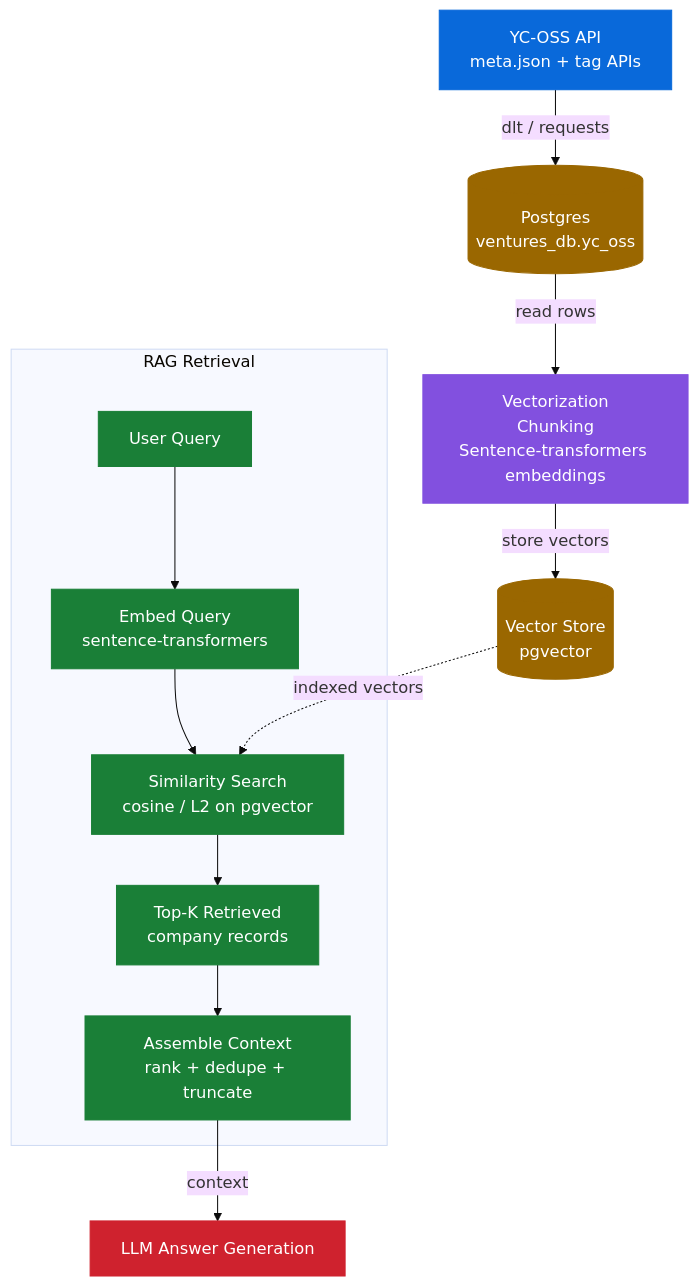
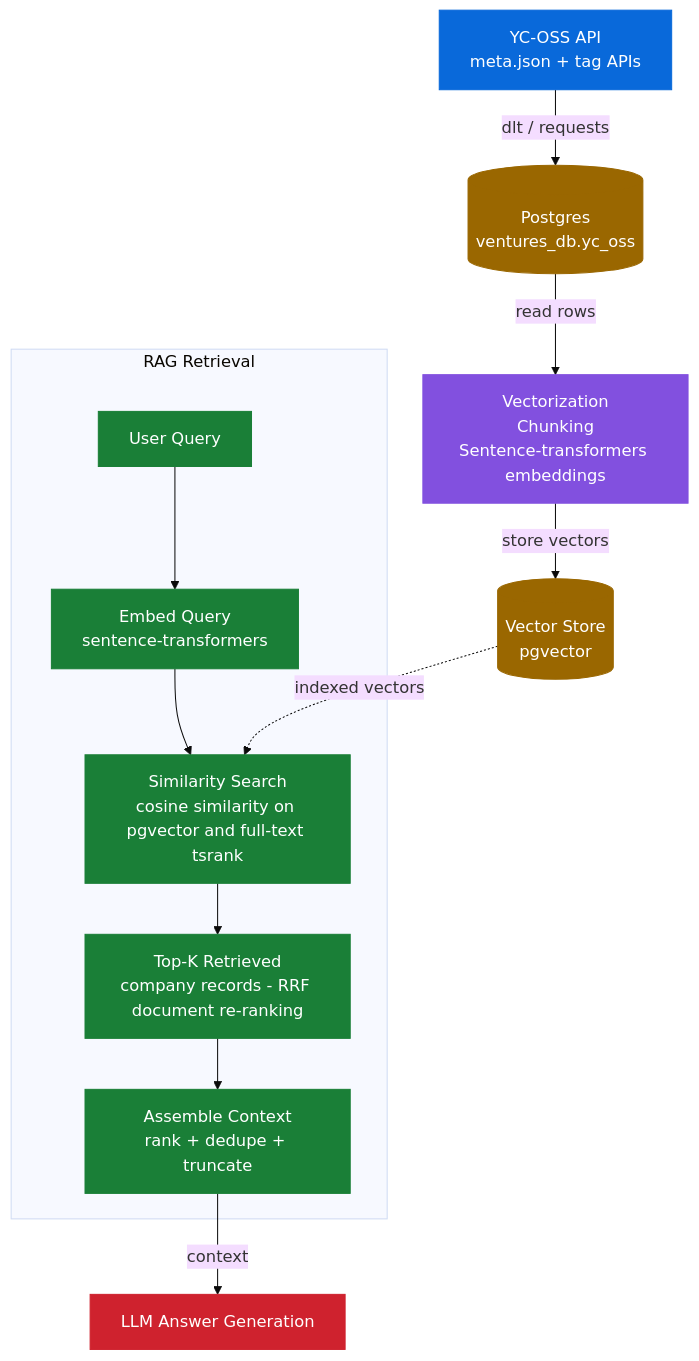
One commit to dakn2005/YC-Ventures-AI changed the second of 2 diagrams in Readme.md. Above: the diagram before and after it, drawn with Mermaid (base theme). The commit also changed other lines of this file and 2 other files, not shown here.

````diff
--- a/Readme.md
+++ b/Readme.md
@@ -160,29 +160,29 @@
 ```mermaid
 flowchart TD
     A["YC-OSS API<br/>meta.json + tag APIs"] -->|dlt / requests| B[("Postgres<br/>ventures_db.yc_oss")]
     B -->|read rows| C["Vectorization<br/>Chunking<br/>Sentence-transformers embeddings"]
     C -->|store vectors| D[("Vector Store<br/>pgvector")]
 
     subgraph RAG["RAG Retrieval"]
         Q["User Query"] --> QE["Embed Query<br/>sentence-transformers"]
-        QE --> SIM["Similarity Search<br/>cosine / L2 on pgvector"]
-        SIM --> TOPK["Top-K Retrieved<br/>company records"]
+        QE --> SIM["Similarity Search<br/>cosine similarity on pgvector and full-text tsrank"]
+        SIM --> TOPK["Top-K Retrieved<br/>company records - RRF document re-ranking"]
         TOPK --> CTX["Assemble Context<br/>rank + dedupe + truncate"]
     end
 
     D -.->|indexed vectors| SIM
     CTX -->|context| F["LLM Answer Generation"]
 
     classDef api fill:#0969da,color:#ffffff,stroke:#0969da,stroke-width:1px;
     classDef db fill:#9a6700,color:#ffffff,stroke:#9a6700,stroke-width:1px;
     classDef vec fill:#8250df,color:#ffffff,stroke:#8250df,stroke-width:1px;
     classDef rag fill:#1a7f37,color:#ffffff,stroke:#1a7f37,stroke-width:1px;
     classDef gen fill:#cf222e,color:#ffffff,stroke:#cf222e,stroke-width:1px;
 
     class A api;
     class B,D db;
     class C vec;
     class Q,QE,SIM,TOPK,CTX rag;
     class F gen;
 
 ```
````
